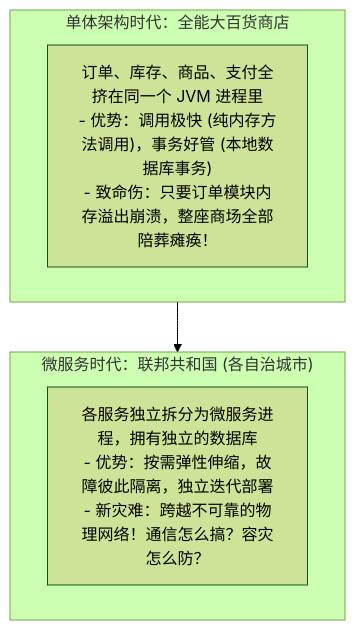
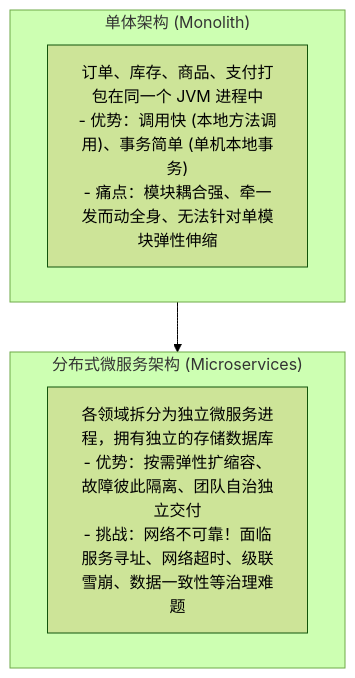
Before and after one commit to GuoWWWX/knowledge-base: the first of 4 diagrams in 20-Java后端/04-Spring生态/08-SpringCloud组件概览.md, drawn with Mermaid (forest theme). The commit also changed other lines of this file and 234 other files, not shown here.

````diff
--- a/20-Java后端/04-Spring生态/08-SpringCloud组件概览.md
+++ b/20-Java后端/04-Spring生态/08-SpringCloud组件概览.md
@@ -24,12 +25,12 @@
 ```mermaid
 flowchart TD
-    subgraph S1["单体架构时代：全能大百货商店"]
-        A1["订单、库存、商品、支付全挤在同一个 JVM 进程里<br/>- 优势：调用极快 (纯内存方法调用)，事务好管 (本地数据库事务)<br/>- 致命伤：只要订单模块内存溢出崩溃，整座商场全部陪葬瘫痪！"]
+    subgraph S1["单体架构 (Monolith)"]
+        A1["订单、库存、商品、支付打包在同一个 JVM 进程中<br/>- 优势：调用快 (本地方法调用)、事务简单 (单机本地事务)<br/>- 痛点：模块耦合强、牵一发而动全身、无法针对单模块弹性伸缩"]
     end
 
-    subgraph S2["微服务时代：联邦共和国 (各自治城市)"]
-        B1["各服务独立拆分为微服务进程，拥有独立的数据库<br/>- 优势：按需弹性伸缩，故障彼此隔离，独立迭代部署<br/>- 新灾难：跨越不可靠的物理网络！通信怎么搞？容灾怎么防？"]
+    subgraph S2["分布式微服务架构 (Microservices)"]
+        B1["各领域拆分为独立微服务进程，拥有独立的存储数据库<br/>- 优势：按需弹性扩缩容、故障彼此隔离、团队自治独立交付<br/>- 挑战：网络不可靠！面临服务寻址、网络超时、级联雪崩、数据一致性等治理难题"]
     end
 
     S1 --> S2
 ```
````
